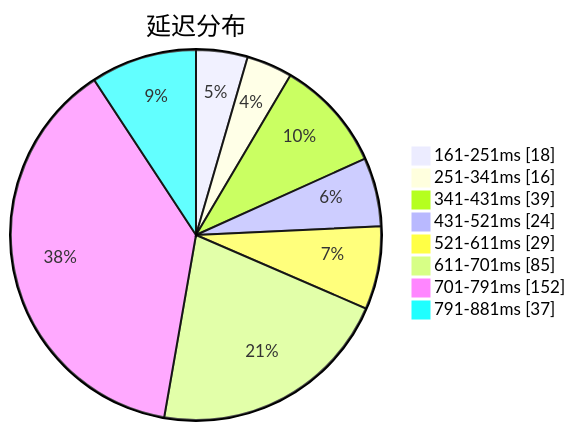
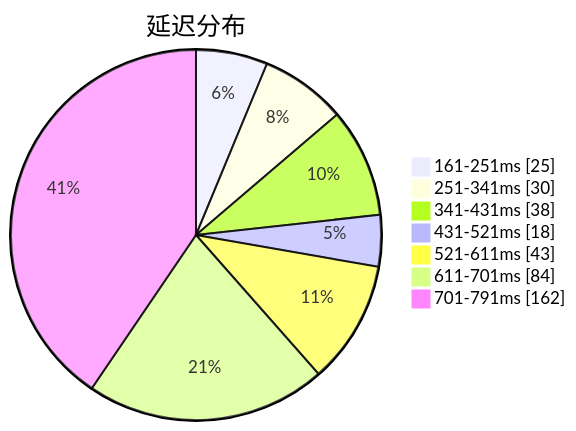
One commit to qjlxg/airport changed the first of 3 diagrams in subs/statistics/tested_within.md. Above: the diagram before and after it, drawn with Mermaid. The commit also changed other lines of this file and 2 other files, not shown here.

````diff
--- a/subs/statistics/tested_within.md
+++ b/subs/statistics/tested_within.md
@@ -2,12 +2,11 @@
 ```mermaid
 pie showData
 title 延迟分布
-"161-251ms" : 18
-"251-341ms" : 16
-"341-431ms" : 39
-"431-521ms" : 24
-"521-611ms" : 29
-"611-701ms" : 85
-"701-791ms" : 152
-"791-881ms" : 37
+"161-251ms" : 25
+"251-341ms" : 30
+"341-431ms" : 38
+"431-521ms" : 18
+"521-611ms" : 43
+"611-701ms" : 84
+"701-791ms" : 162
 ```
````
